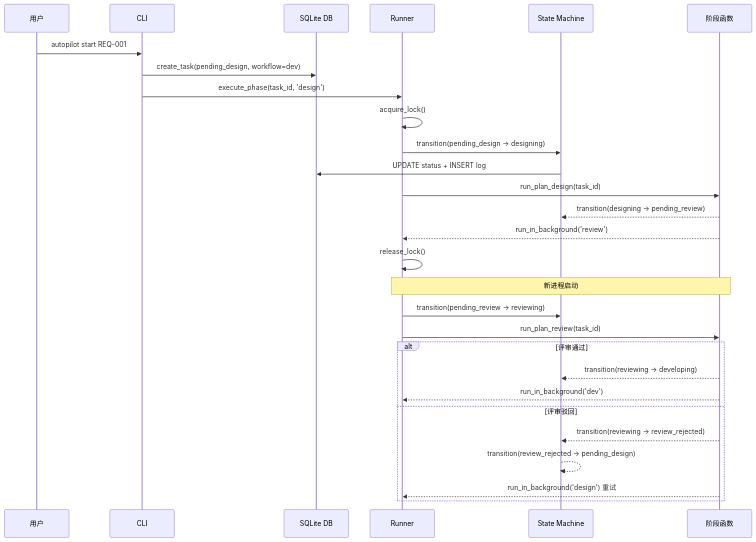
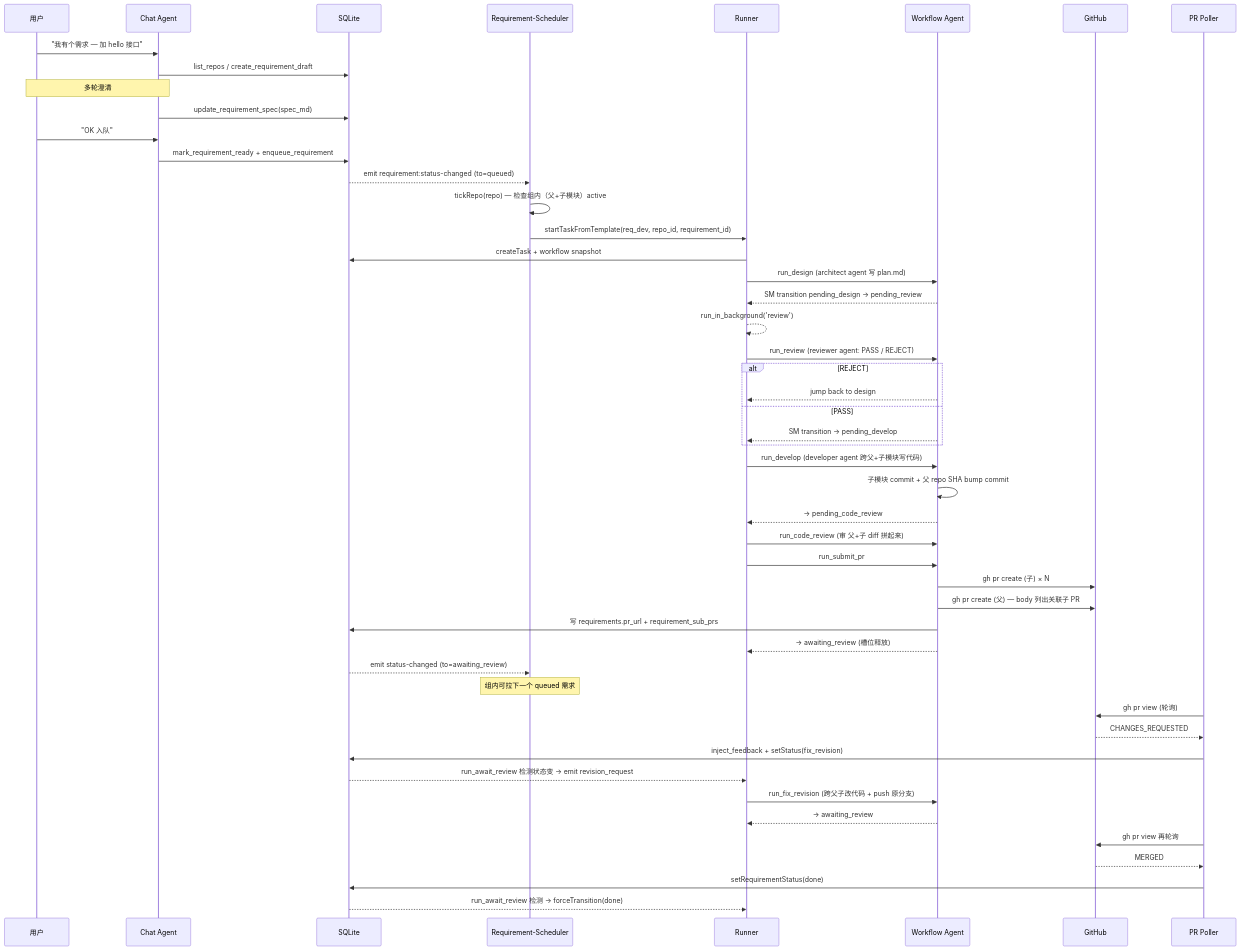
Before and after one commit to larrygogo/autopilot: the second of 2 diagrams in docs/architecture.md, drawn with Mermaid. The commit also changed other lines of this file, not shown here.

Commit message:
docs: 重写 architecture.md 为 TS daemon 时代版本 (#43)

````diff
--- a/docs/architecture.md
+++ b/docs/architecture.md
@@ -177,33 +138,59 @@
 ```mermaid
 sequenceDiagram
-    participant User as 用户
-    participant CLI
-    participant DB as SQLite DB
-    participant Runner
-    participant SM as State Machine
-    participant Phase as 阶段函数
+    participant U as 用户
+    participant Chat as Chat Agent
+    participant DB as SQLite
+    participant Sch as Requirement-Scheduler
+    participant R as Runner
+    participant A as Workflow Agent
+    participant GH as GitHub
+    participant PRP as PR Poller
 
-    User->>CLI: autopilot start REQ-001
-    CLI->>DB: create_task(pending_design, workflow=dev)
-    CLI->>Runner: execute_phase(task_id, 'design')
-    Runner->>Runner: acquire_lock()
-    Runner->>SM: transition(pending_design → designing)
-    SM->>DB: UPDATE status + INSERT log
-    Runner->>Phase: run_plan_design(task_id)
-    Phase-->>SM: transition(designing → pending_review)
-    Phase-->>Runner: run_in_background('review')
-    Runner->>Runner: release_lock()
+    U->>Chat: "我有个需求 — 加 hello 接口"
+    Chat->>DB: list_repos / create_requirement_draft
+    Note over Chat,U: 多轮澄清
+    Chat->>DB: update_requirement_spec(spec_md)
+    U->>Chat: "OK 入队"
+    Chat->>DB: mark_requirement_ready + enqueue_requirement
+    DB-->>Sch: emit requirement:status-changed (to=queued)
 
-    Note over Runner,Phase: 新进程启动
+    Sch->>Sch: tickRepo(repo) — 检查组内（父+子模块）active
+    Sch->>R: startTaskFromTemplate(req_dev, repo_id, requirement_id)
+    R->>DB: createTask + workflow snapshot
+    R->>A: run_design (architect agent 写 plan.md)
+    A-->>R: SM transition pending_design → pending_review
+    R-->>R: run_in_background('review')
 
-    Runner->>SM: transition(pending_review → reviewing)
-    Runner->>Phase: run_plan_review(task_id)
-    alt 评审通过
-        Phase-->>SM: transition(reviewing → developing)
-        Phase-->>Runner: run_in_background('dev')
-    else 评审驳回
-        Phase-->>SM: transition(reviewing → review_rejected)
-        SM-->>SM: transition(review_rejected → pending_design)
-        Phase-->>Runner: run_in_background('design') 重试
+    R->>A: run_review (reviewer agent: PASS / REJECT)
+    alt REJECT
+        A-->>R: jump back to design
+    else PASS
+        A-->>R: SM transition → pending_develop
     end
+
+    R->>A: run_develop (developer agent 跨父+子模块写代码)
+    A->>A: 子模块 commit + 父 repo SHA bump commit
+    A-->>R: → pending_code_review
+
+    R->>A: run_code_review (审 父+子 diff 拼起来)
+    R->>A: run_submit_pr
+    A->>GH: gh pr create (子) × N
+    A->>GH: gh pr create (父) — body 列出关联子 PR
+    A->>DB: 写 requirements.pr_url + requirement_sub_prs
+
+    A-->>R: → awaiting_review (槽位释放)
+    DB-->>Sch: emit status-changed (to=awaiting_review)
+    Note over Sch: 组内可拉下一个 queued 需求
+
+    PRP->>GH: gh pr view (轮询)
+    GH-->>PRP: CHANGES_REQUESTED
+    PRP->>DB: inject_feedback + setStatus(fix_revision)
+    DB-->>R: run_await_review 检测状态变 → emit revision_request
+    R->>A: run_fix_revision (跨父子改代码 + push 原分支)
+    A-->>R: → awaiting_review
+
+    PRP->>GH: gh pr view 再轮询
+    GH-->>PRP: MERGED
+    PRP->>DB: setRequirementStatus(done)
+    DB-->>R: run_await_review 检测 → forceTransition(done)
 ```
````
